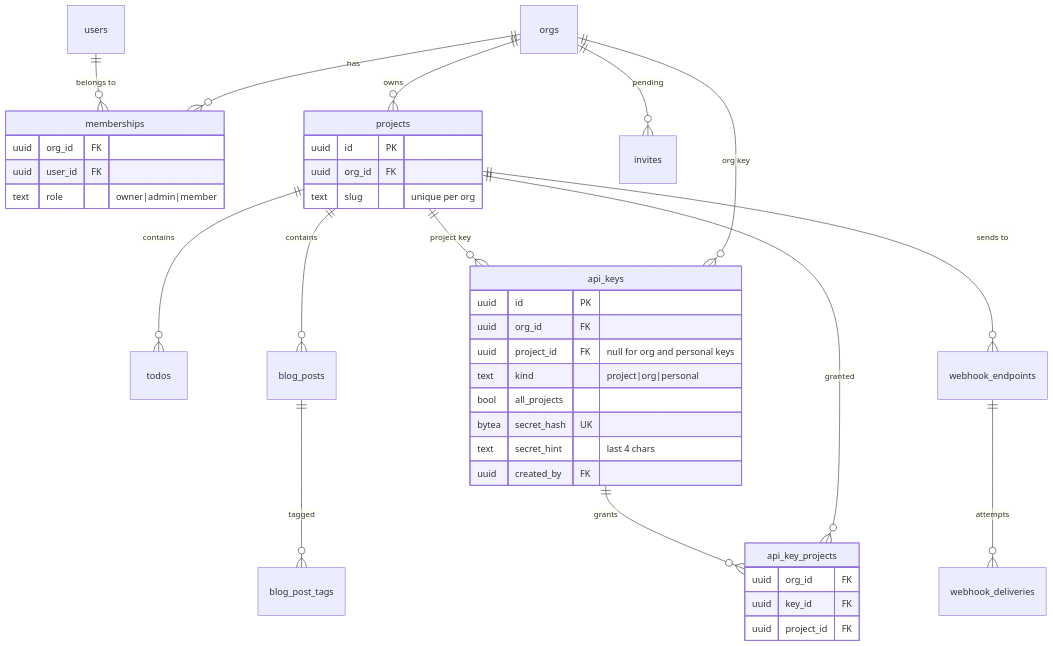
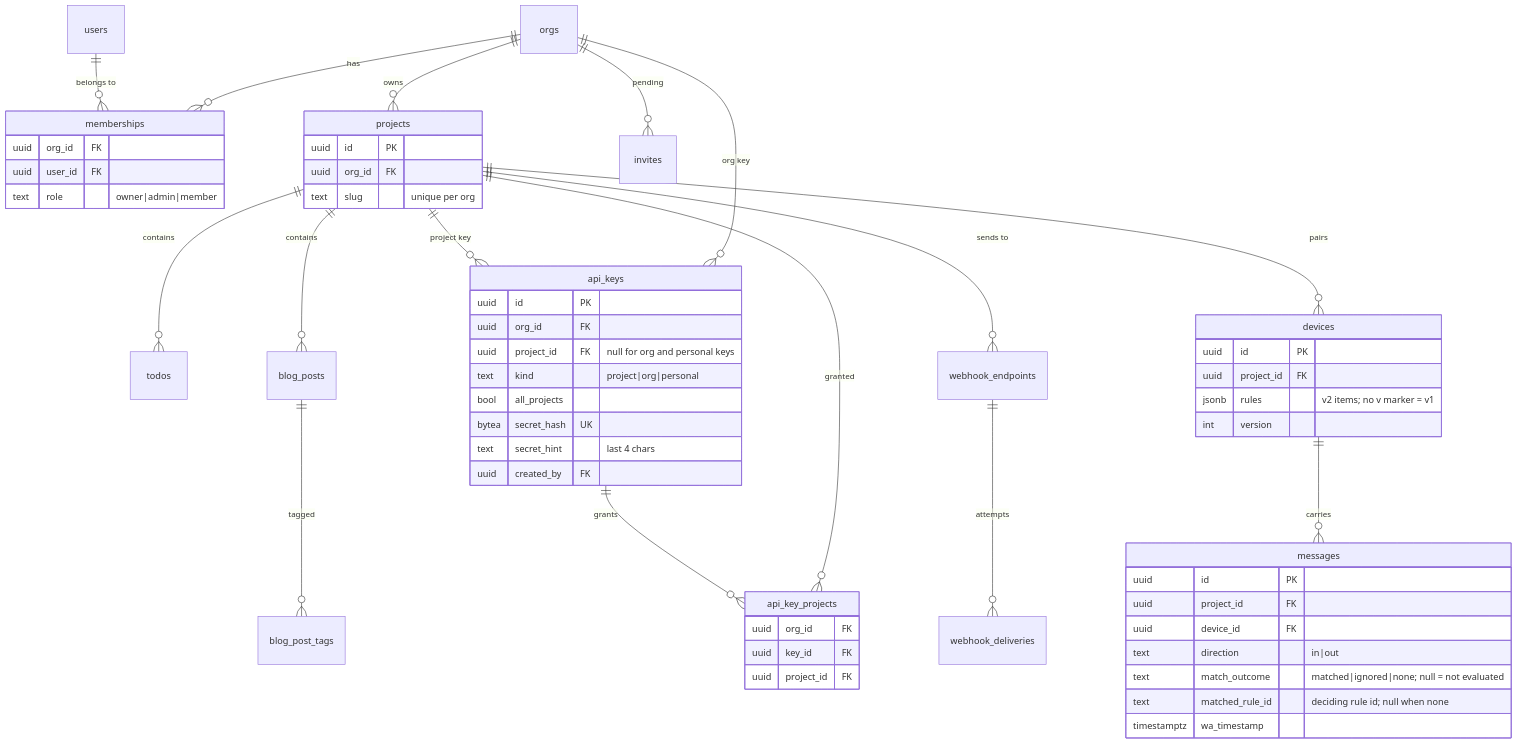
The diagram in schema/README.md (altalune-id/openwa), drawn with Mermaid before and after one commit. The commit also changed other lines of this file and 80 other files, not shown here.

Commit message:
feat(devices): add ordered inbound rules with legacy compatibility, store each message's match result, and make number writes manager-only (#23)

````diff
--- a/schema/README.md
+++ b/schema/README.md
@@ -33,42 +33,59 @@
 ```mermaid
 erDiagram
     users ||--o{ memberships : "belongs to"
     orgs ||--o{ memberships : "has"
     orgs ||--o{ projects : "owns"
     orgs ||--o{ invites : "pending"
     projects ||--o{ todos : "contains"
     projects ||--o{ blog_posts : "contains"
     blog_posts ||--o{ blog_post_tags : "tagged"
     projects ||--o{ api_keys : "project key"
     orgs ||--o{ api_keys : "org key"
     api_keys ||--o{ api_key_projects : "grants"
     projects ||--o{ api_key_projects : "granted"
     projects ||--o{ webhook_endpoints : "sends to"
     webhook_endpoints ||--o{ webhook_deliveries : "attempts"
+    projects ||--o{ devices : "pairs"
+    devices ||--o{ messages : "carries"
 
     memberships {
         uuid org_id FK
         uuid user_id FK
         text role "owner|admin|member"
     }
     projects {
         uuid id PK
         uuid org_id FK
         text slug "unique per org"
     }
     api_keys {
         uuid id PK
         uuid org_id FK
         uuid project_id FK "null for org and personal keys"
         text kind "project|org|personal"
         bool all_projects
         bytea secret_hash UK
         text secret_hint "last 4 chars"
         uuid created_by FK
     }
     api_key_projects {
         uuid org_id FK
         uuid key_id FK
         uuid project_id FK
     }
+    devices {
+        uuid id PK
+        uuid project_id FK
+        jsonb rules "v2 items; no v marker = v1"
+        int version
+    }
+    messages {
+        uuid id PK
+        uuid project_id FK
+        uuid device_id FK
+        text direction "in|out"
+        text match_outcome "matched|ignored|none; null = not evaluated"
+        text matched_rule_id "deciding rule id; null when none"
+        timestamptz wa_timestamp
+    }
 ```
````
